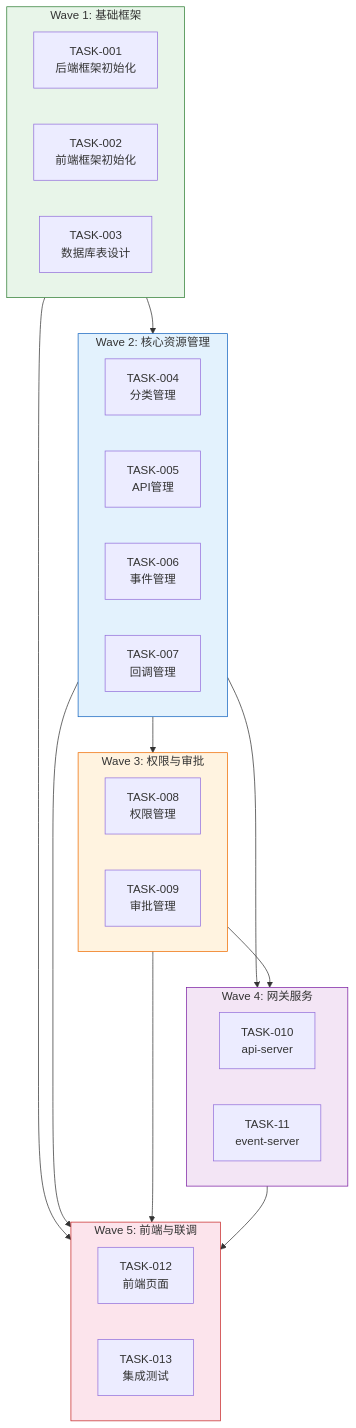
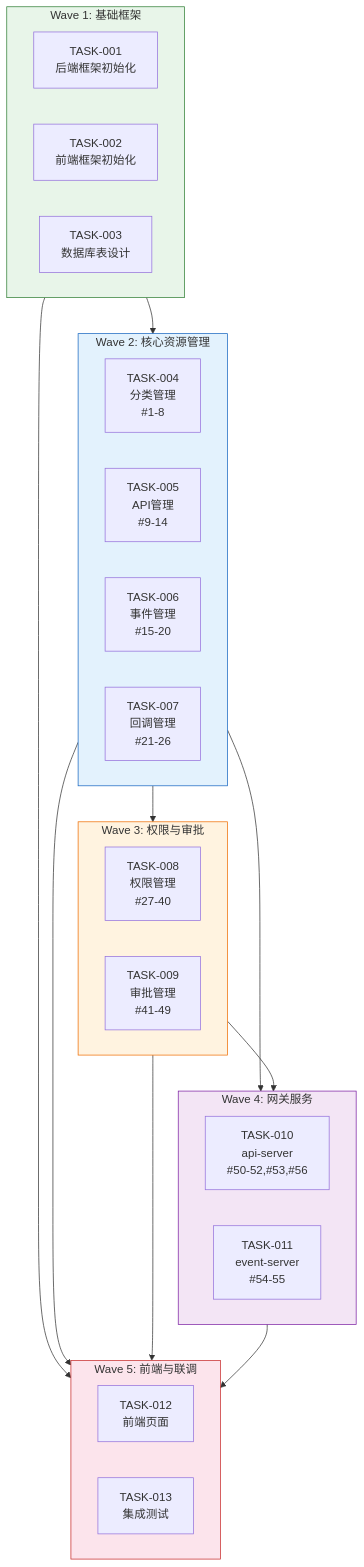
One commit to THZSummer/open-app changed the first of 2 diagrams in .sddu/specs-tree-root/specs-tree-capability-open-platform/tasks.md. Above: the diagram before and after it, drawn with Mermaid. The commit also changed other lines of this file and 1 other file, not shown here.

First line of the commit message:
docs(tasks): 根据最新 plan-api.md 更新任务文档

````diff
--- a/.sddu/specs-tree-root/specs-tree-capability-open-platform/tasks.md
+++ b/.sddu/specs-tree-root/specs-tree-capability-open-platform/tasks.md
@@ -24,45 +27,45 @@
 ```mermaid
 graph TB
     subgraph Wave1["Wave 1: 基础框架"]
         T1["TASK-001<br/>后端框架初始化"]
         T2["TASK-002<br/>前端框架初始化"]
         T3["TASK-003<br/>数据库表设计"]
     end
     
     subgraph Wave2["Wave 2: 核心资源管理"]
-        T4["TASK-004<br/>分类管理"]
-        T5["TASK-005<br/>API管理"]
-        T6["TASK-006<br/>事件管理"]
-        T7["TASK-007<br/>回调管理"]
+        T4["TASK-004<br/>分类管理<br/>#1-8"]
+        T5["TASK-005<br/>API管理<br/>#9-14"]
+        T6["TASK-006<br/>事件管理<br/>#15-20"]
+        T7["TASK-007<br/>回调管理<br/>#21-26"]
     end
     
     subgraph Wave3["Wave 3: 权限与审批"]
-        T8["TASK-008<br/>权限管理"]
-        T9["TASK-009<br/>审批管理"]
+        T8["TASK-008<br/>权限管理<br/>#27-40"]
+        T9["TASK-009<br/>审批管理<br/>#41-49"]
     end
     
     subgraph Wave4["Wave 4: 网关服务"]
-        T10["TASK-010<br/>api-server"]
-        T11["TASK-11<br/>event-server"]
+        T10["TASK-010<br/>api-server<br/>#50-52,#53,#56"]
+        T11["TASK-011<br/>event-server<br/>#54-55"]
     end
     
     subgraph Wave5["Wave 5: 前端与联调"]
         T12["TASK-012<br/>前端页面"]
         T13["TASK-013<br/>集成测试"]
     end
     
     Wave1 --> Wave2
     Wave2 --> Wave3
     Wave2 --> Wave4
     Wave3 --> Wave4
     Wave1 --> Wave5
     Wave2 --> Wave5
     Wave3 --> Wave5
     Wave4 --> Wave5
     
     style Wave1 fill:#e8f5e9,stroke:#2e7d32
     style Wave2 fill:#e3f2fd,stroke:#1565c0
     style Wave3 fill:#fff3e0,stroke:#ef6c00
     style Wave4 fill:#f3e5f5,stroke:#7b1fa2
     style Wave5 fill:#fce4ec,stroke:#c62828
 ```
````
